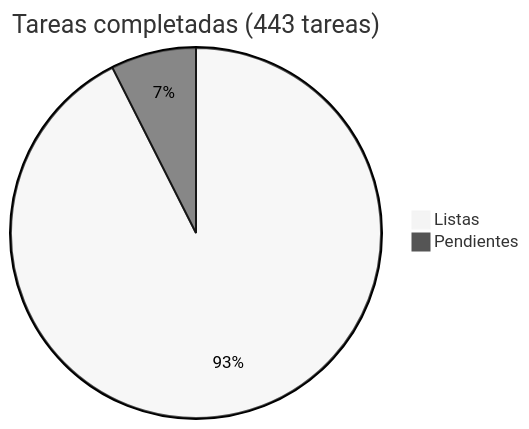
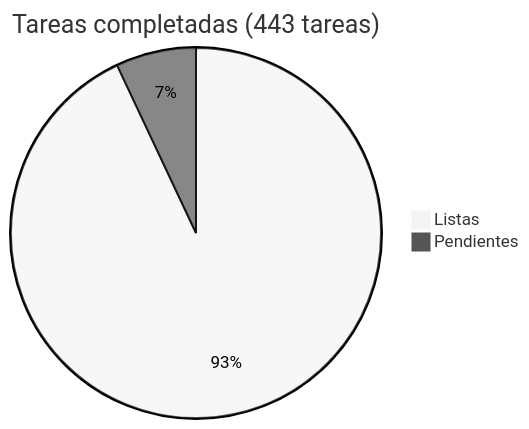
One commit to araguaney-lat/araguaney changed the diagram in docs/roadmap/README.md. Above: the diagram before and after it, drawn with Mermaid (neutral theme). The commit also changed other lines of this file and 12 other files, not shown here.

````diff
--- a/docs/roadmap/README.md
+++ b/docs/roadmap/README.md
@@ -5,5 +5,5 @@
 ```mermaid
 pie title Tareas completadas (443 tareas)
-    "Listas" : 410
-    "Pendientes" : 33
+    "Listas" : 412
+    "Pendientes" : 31
 ```
````
